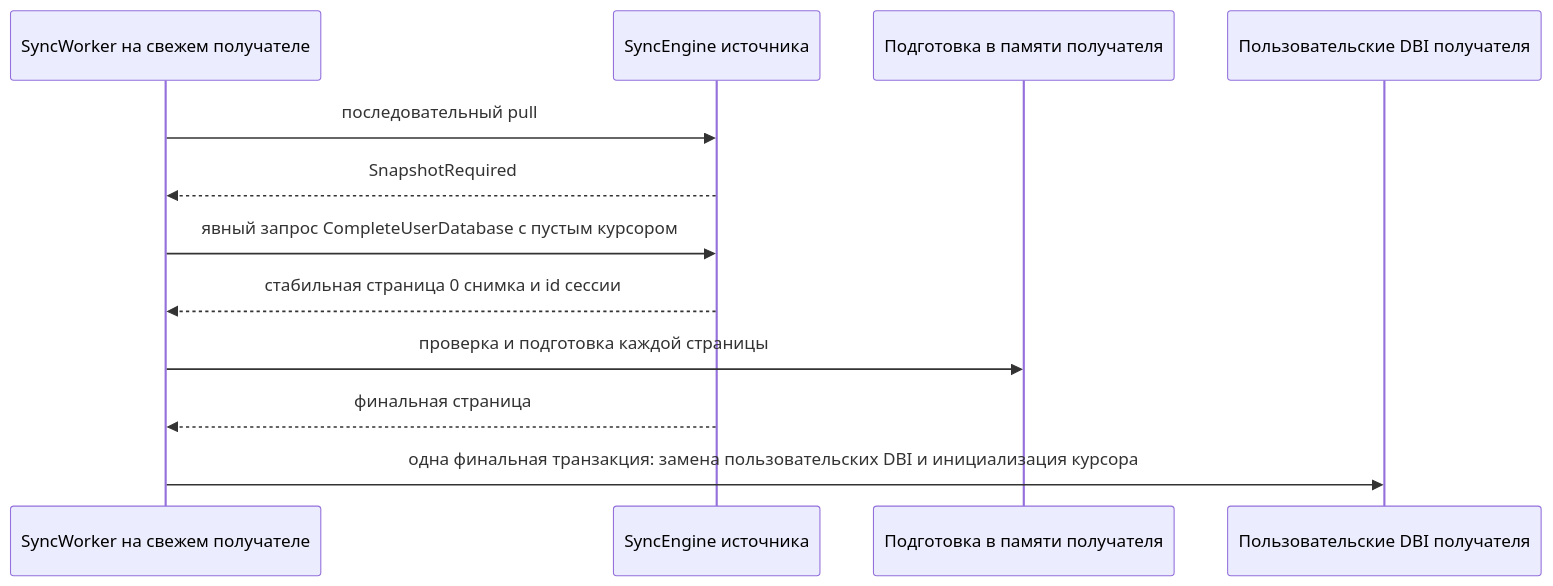
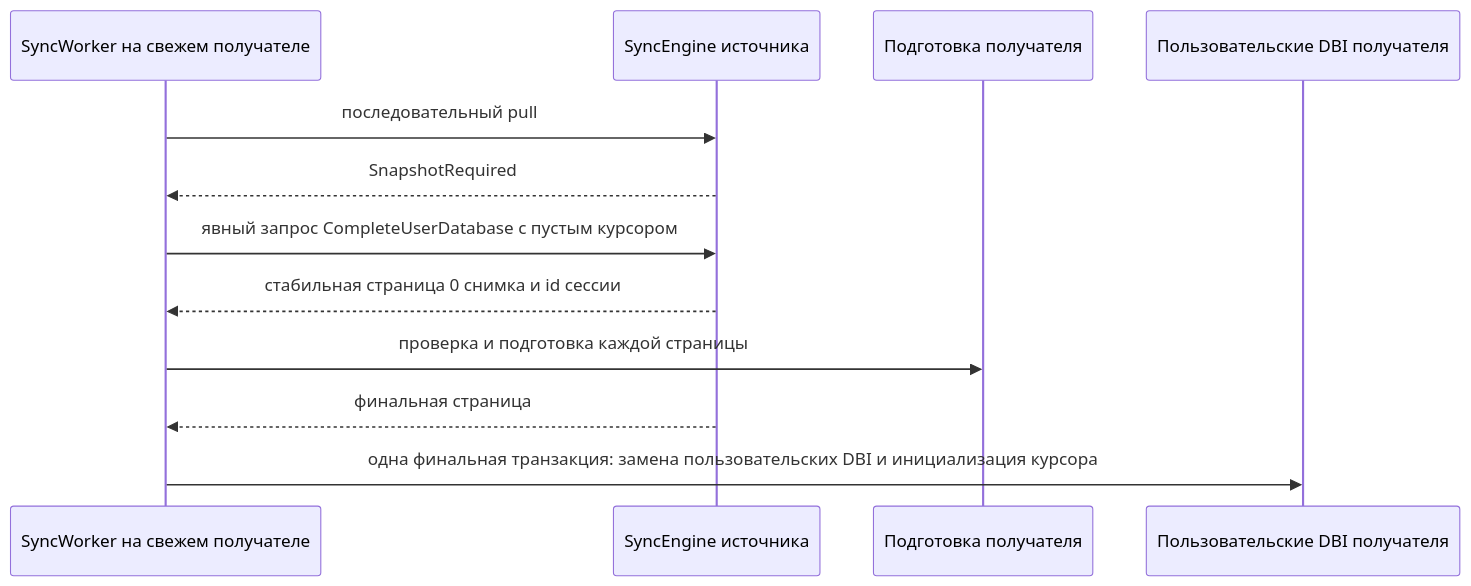
Before and after one commit to LimiNode/mdbx-containers: the diagram in docs/sync-recovery-RU.md, drawn with Mermaid. The commit also changed other lines of this file and 11 other files, not shown here.

````diff
--- a/docs/sync-recovery-RU.md
+++ b/docs/sync-recovery-RU.md
@@ -38,15 +38,15 @@
 ```mermaid
 sequenceDiagram
     participant W as SyncWorker на свежем получателе
     participant S as SyncEngine источника
-    participant Stage as Подготовка в памяти получателя
+    participant Stage as Подготовка получателя
     participant DB as Пользовательские DBI получателя
 
     W->>S: последовательный pull
     S-->>W: SnapshotRequired
     W->>S: явный запрос CompleteUserDatabase с пустым курсором
     S-->>W: стабильная страница 0 снимка и id сессии
     W->>Stage: проверка и подготовка каждой страницы
     S-->>W: финальная страница
     W->>DB: одна финальная транзакция: замена пользовательских DBI и инициализация курсора
 ```
````
